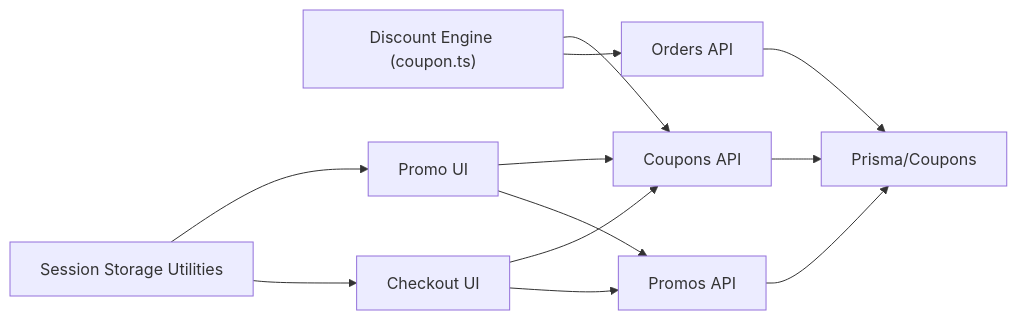
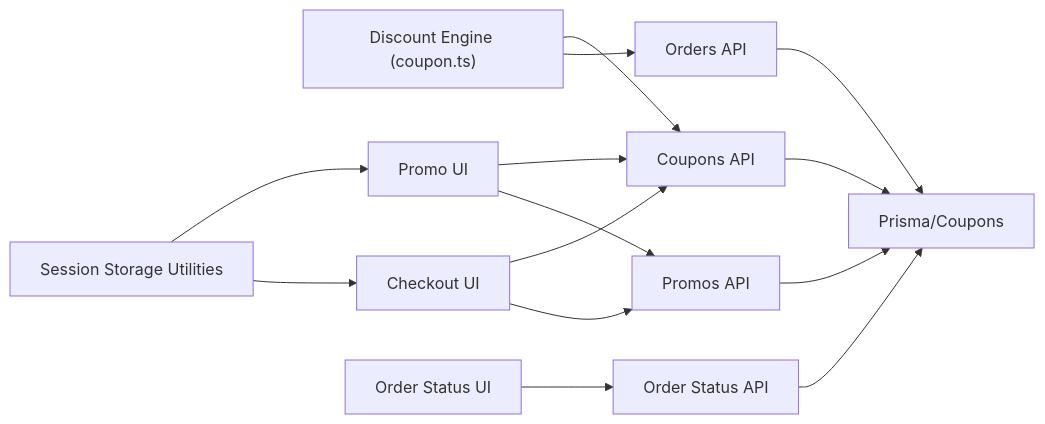
Diagram 13 of 13 in .qoder/repowiki/en/content/Core Features/Promotions & Coupons.md (Ice-Nao-Eevee/Tera_Work), drawn with Mermaid before and after one commit. The commit also changed other lines of this file and 55 other files, not shown here.

````diff
--- a/.qoder/repowiki/en/content/Core Features/Promotions & Coupons.md
+++ b/.qoder/repowiki/en/content/Core Features/Promotions & Coupons.md
@@ -489,14 +609,16 @@
 ```mermaid
 graph LR
 Engine["Discount Engine (coupon.ts)"] --> API_Coupons["Coupons API"]
 Engine --> API_Orders["Orders API"]
 SessionStorage["Session Storage Utilities"] --> UI_Promo["Promo UI"]
 SessionStorage --> UI_Checkout["Checkout UI"]
 API_Coupons --> DB["Prisma/Coupons"]
 API_Orders --> DB
 UI_Checkout --> API_Coupons
 UI_Checkout --> API_Promos["Promos API"]
 UI_Promo --> API_Coupons
 UI_Promo --> API_Promos
 API_Promos --> DB
+OrderStatus["Order Status UI"] --> API_OrderStatus["Order Status API"]
+API_OrderStatus --> DB
 ```
````
